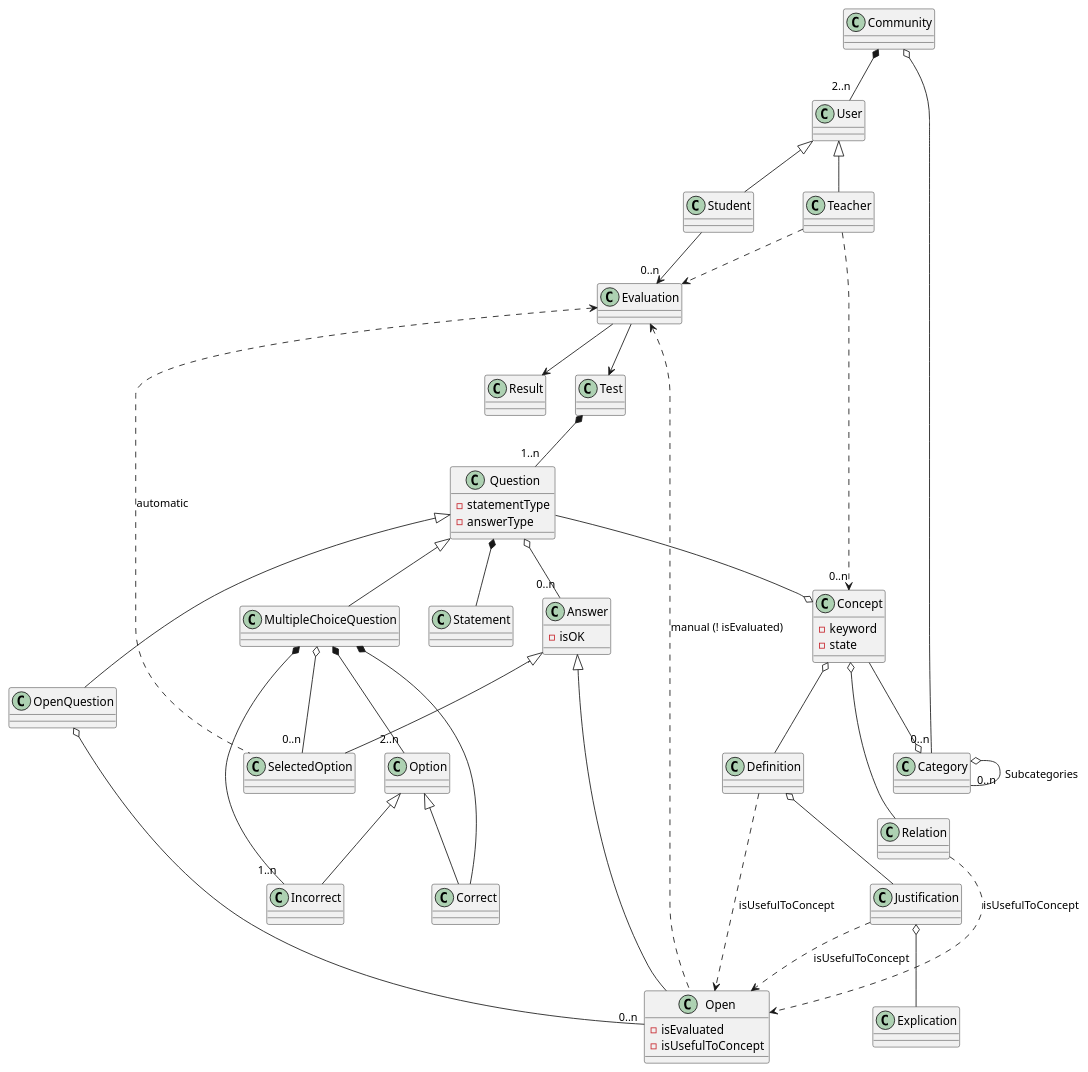
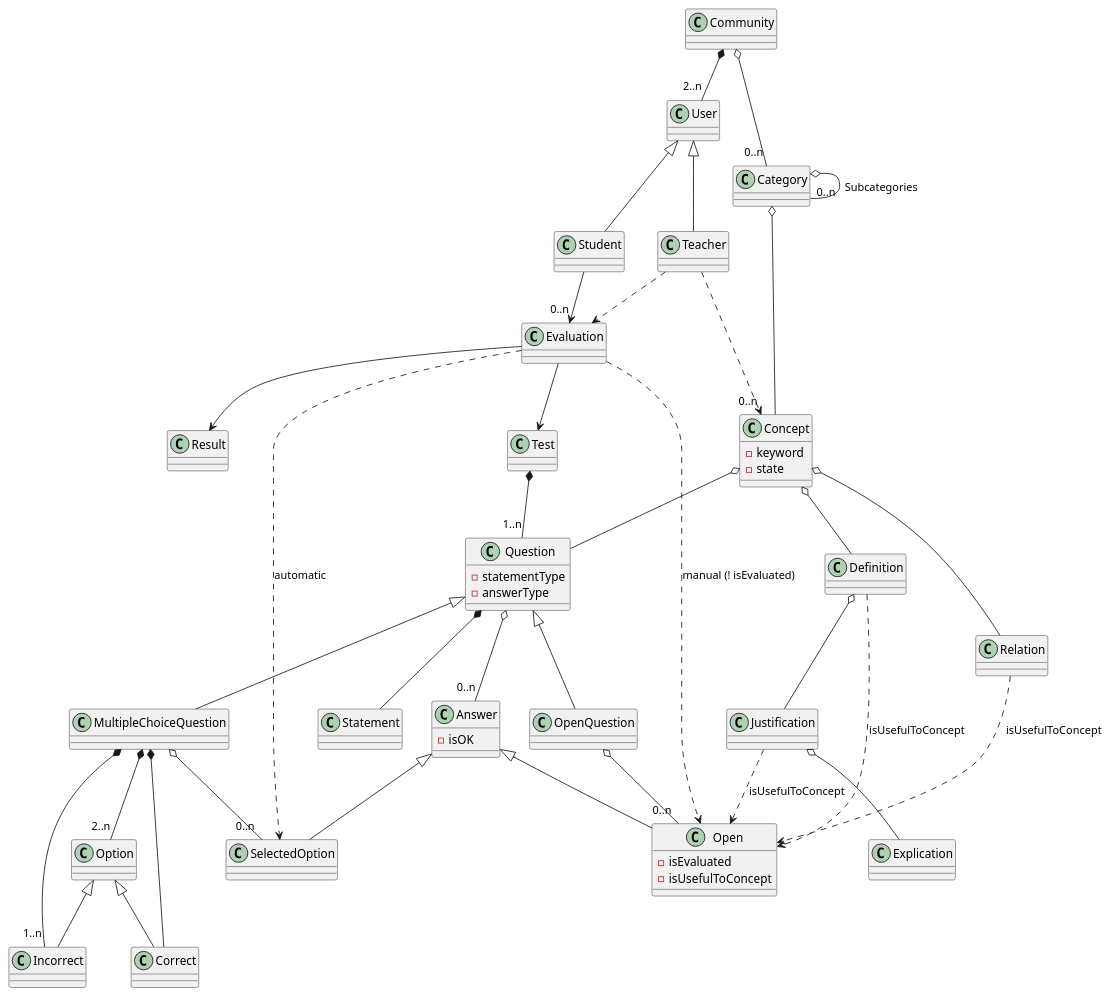
One commit to Joselon/ProyectoOpoTest changed the diagram in doc/dominio_clases.puml. Above: the diagram before and after it, drawn with PlantUML. The commit also changed 3 other files, not shown here.

```diff
--- a/doc/dominio_clases.puml
+++ b/doc/dominio_clases.puml
@@ -1,97 +1,99 @@
 @startuml OpoTestDomain
 
 class Community
 
 class User
 
 class Teacher
 
 class Student
 
 class Evaluation
 
 class Result
 
 class Category 
 
 class Test 
 
 class Concept {
     - keyword
     - state
 }
 
 class Question {
     - statementType
     - answerType
 }
 
 class Statement
 
 class Answer {
     - isOK
 }
 
 class MultipleChoiceQuestion
 
 class OpenQuestion
 
 class Option
 
 class Correct
 
 Class Incorrect
 
 class Open {
     - isEvaluated
     - isUsefulToConcept
 }
 
 Class SelectedOption
 
 
 Community *--"2..n" User
 Community o--"0..n" Category
 
 Category o--"0..n" Category : Subcategories
 
 User <|-- Teacher
 User <|-- Student
 
 Teacher ..>"0..n" Concept
-Concept --o Category
-Question --o Concept
+Category o-- Concept
+'Concept --o Category
+Concept o-- Question
+'Question --o Concept
 Concept o-- Definition
 Definition o-- Justification
 Justification o-- Explication
 Concept o-- Relation
 
 Student -->"0..n" Evaluation
 Evaluation --> Test
 Evaluation --> Result
 
 Teacher ..> Evaluation
 Definition ..> Open :isUsefulToConcept
 Justification ..> Open :isUsefulToConcept
 Relation ..> Open :isUsefulToConcept
 
-Evaluation <.. Open : manual (! isEvaluated)
-Evaluation <.. SelectedOption : automatic
+Evaluation ..> Open : manual (! isEvaluated)
+Evaluation ..> SelectedOption : automatic
 
 Test *--"1..n" Question
 Question <|-- MultipleChoiceQuestion
 Question <|-- OpenQuestion
 Question *--   Statement
 MultipleChoiceQuestion *--"2..n" Option
 Option <|-- Incorrect
 Option <|-- Correct
 MultipleChoiceQuestion *-- Correct
 MultipleChoiceQuestion *--"1..n" Incorrect
 MultipleChoiceQuestion o--"0..n" SelectedOption
 OpenQuestion o--"0..n" Open
 Question o--"0..n" Answer
 Answer <|-- Open
 Answer <|-- SelectedOption
 
 
 @enduml
```
